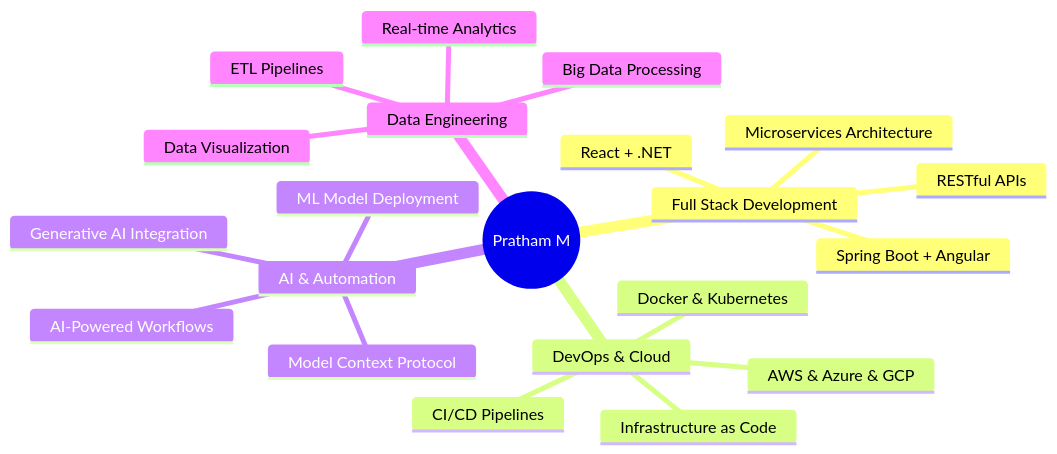
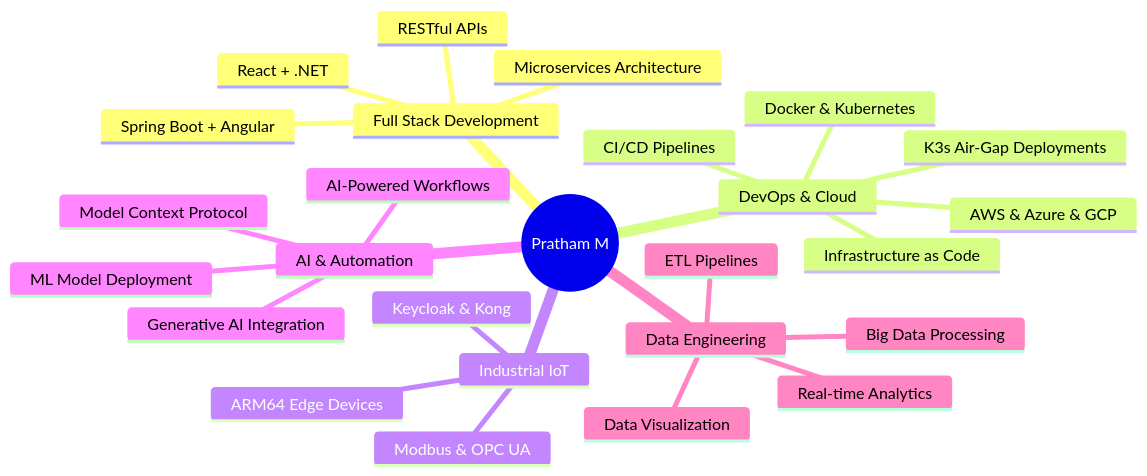
The diagram in README.md (PrathamM16/PrathamM16), drawn with Mermaid before and after one commit. The commit also changed other lines of this file, not shown here.

````diff
--- a/README.md
+++ b/README.md
@@ -366,24 +433,29 @@
 ```mermaid
 mindmap
   root((Pratham M))
     Full Stack Development
       React + .NET
       Spring Boot + Angular
       Microservices Architecture
       RESTful APIs
     DevOps & Cloud
       CI/CD Pipelines
       Docker & Kubernetes
+      K3s Air-Gap Deployments
       AWS & Azure & GCP
       Infrastructure as Code
+    Industrial IoT
+      ARM64 Edge Devices
+      Modbus & OPC UA
+      Keycloak & Kong
     AI & Automation
       Model Context Protocol
       Generative AI Integration
       ML Model Deployment
       AI-Powered Workflows
     Data Engineering
       Real-time Analytics
       Data Visualization
       Big Data Processing
       ETL Pipelines
 ```
````
